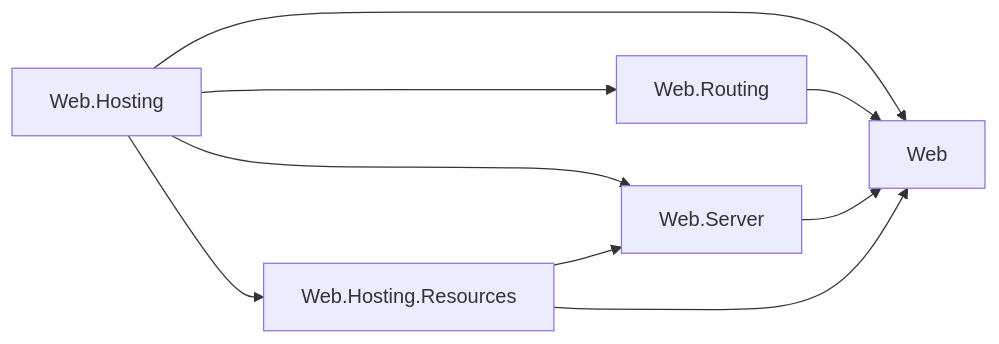
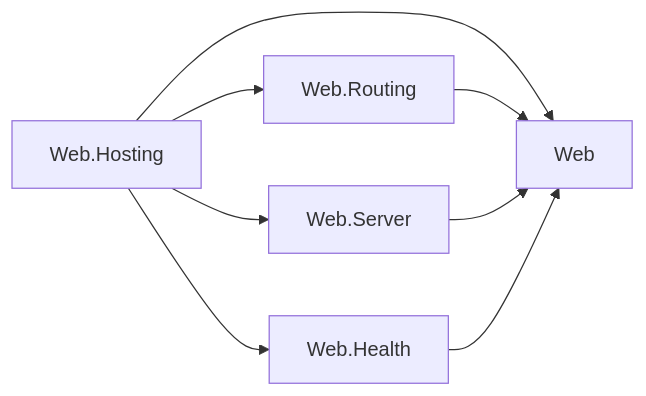
The first of 5 diagrams in resources/Web/Assimalign.Cohesion.Web.Hosting/docs/DESIGN.md (assimalign/cohesion), drawn with Mermaid before and after one commit. The commit also changed other lines of this file and 174 other files, not shown here.

First line of the commit message:
refactor(web): roll hosting integrations into Web.Hosting [L03.01.01.48.01]

````diff
--- a/resources/Web/Assimalign.Cohesion.Web.Hosting/docs/DESIGN.md
+++ b/resources/Web/Assimalign.Cohesion.Web.Hosting/docs/DESIGN.md
@@ -39,11 +40,10 @@
 ```mermaid
 flowchart LR
     Runtime["Web.Hosting"] --> Root["Web"]
     Runtime --> Routing["Web.Routing"]
     Runtime --> Server["Web.Server"]
-    Runtime --> Resources["Web.Hosting.Resources"]
+    Runtime --> Health["Web.Health"]
     Routing --> Root
     Server --> Root
-    Resources --> Root
-    Resources --> Server
+    Health --> Root
 ```
````
